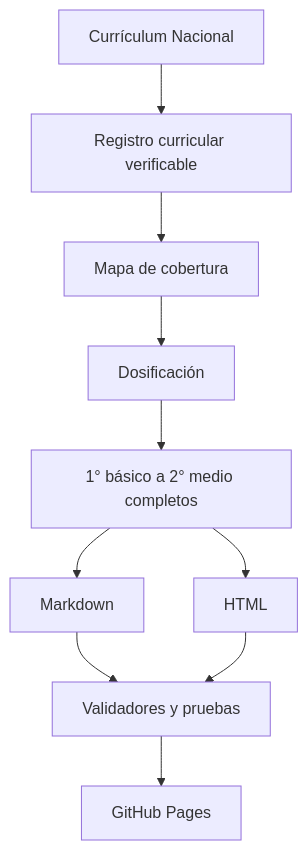
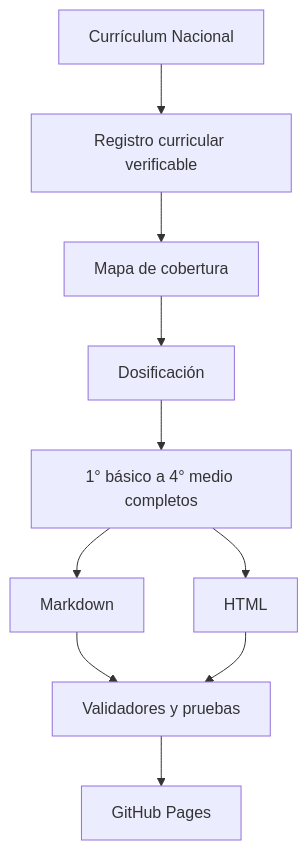
Before and after one commit to vladimiracunadev-create/chilean-school-learning-path: the second of 2 diagrams in README.md, drawn with Mermaid. The commit also changed other lines of this file and 497 other files, not shown here.

````diff
--- a/README.md
+++ b/README.md
@@ -482,12 +535,12 @@
 ```mermaid
 flowchart TD
     A[Currículum Nacional] --> B[Registro curricular verificable]
     B --> C[Mapa de cobertura]
     C --> D[Dosificación]
-    D --> E[1° básico a 2° medio completos]
+    D --> E[1° básico a 4° medio completos]
     E --> F[Markdown]
     E --> G[HTML]
     F --> H[Validadores y pruebas]
     G --> H
     H --> I[GitHub Pages]
 ```
````
